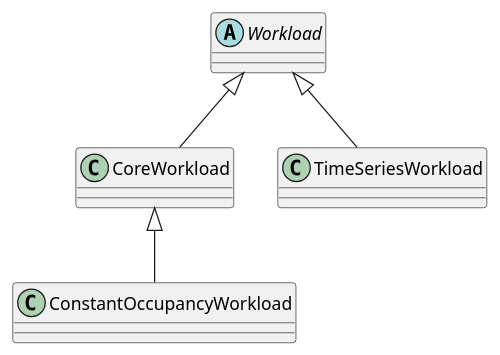
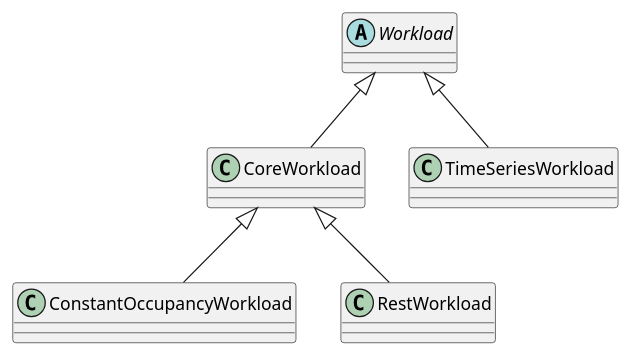
The diagram in other/ycsb.md (dailai/blog-1), drawn with PlantUML before and after one commit. The commit also changed other lines of this file and 1 other file, not shown here.

```diff
--- a/other/ycsb.md
+++ b/other/ycsb.md
@@ -165,10 +130,12 @@
 @startuml
 abstract class Workload
 class CoreWorkload
 class ConstantOccupancyWorkload
 class TimeSeriesWorkload
+class RestWorkload
 
 Workload <|-- CoreWorkload
 CoreWorkload <|-- ConstantOccupancyWorkload
+CoreWorkload <|-- RestWorkload
 Workload <|-- TimeSeriesWorkload
 @enduml
```
